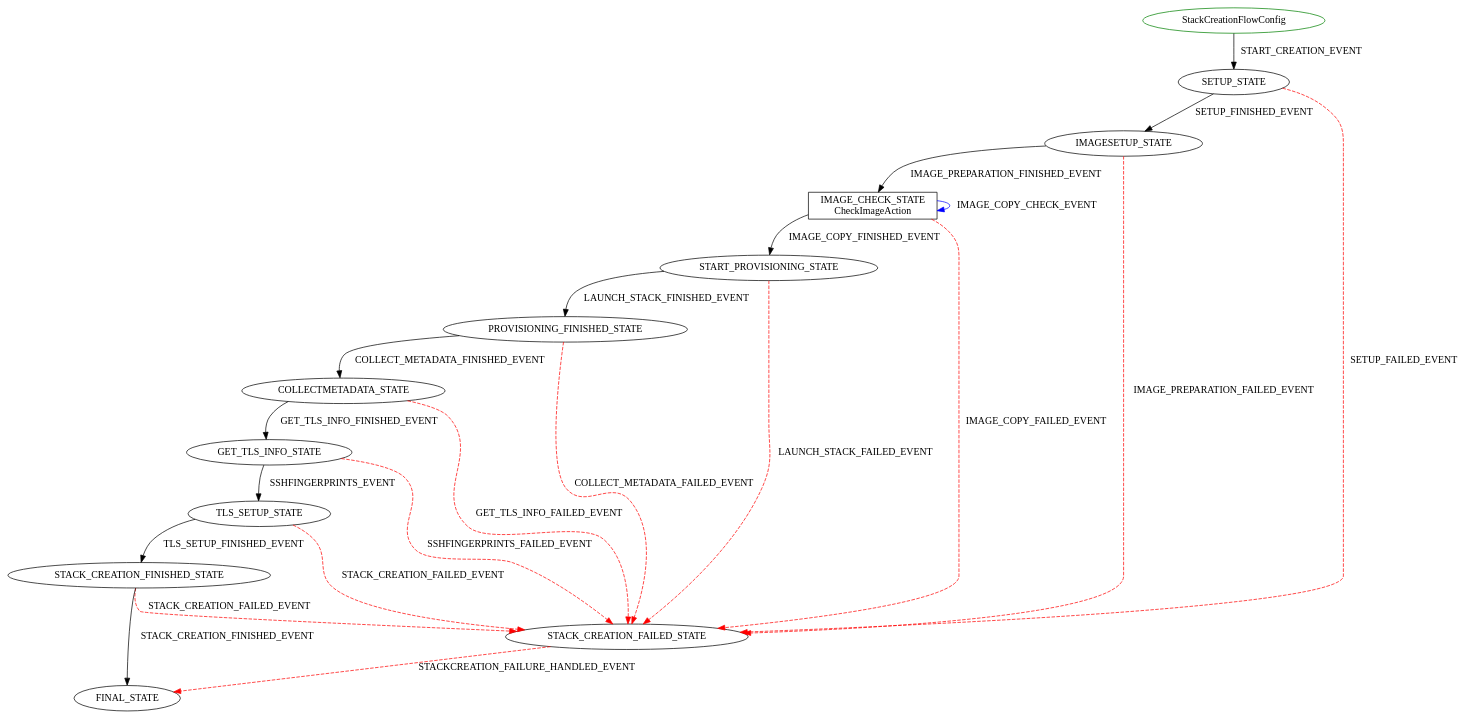
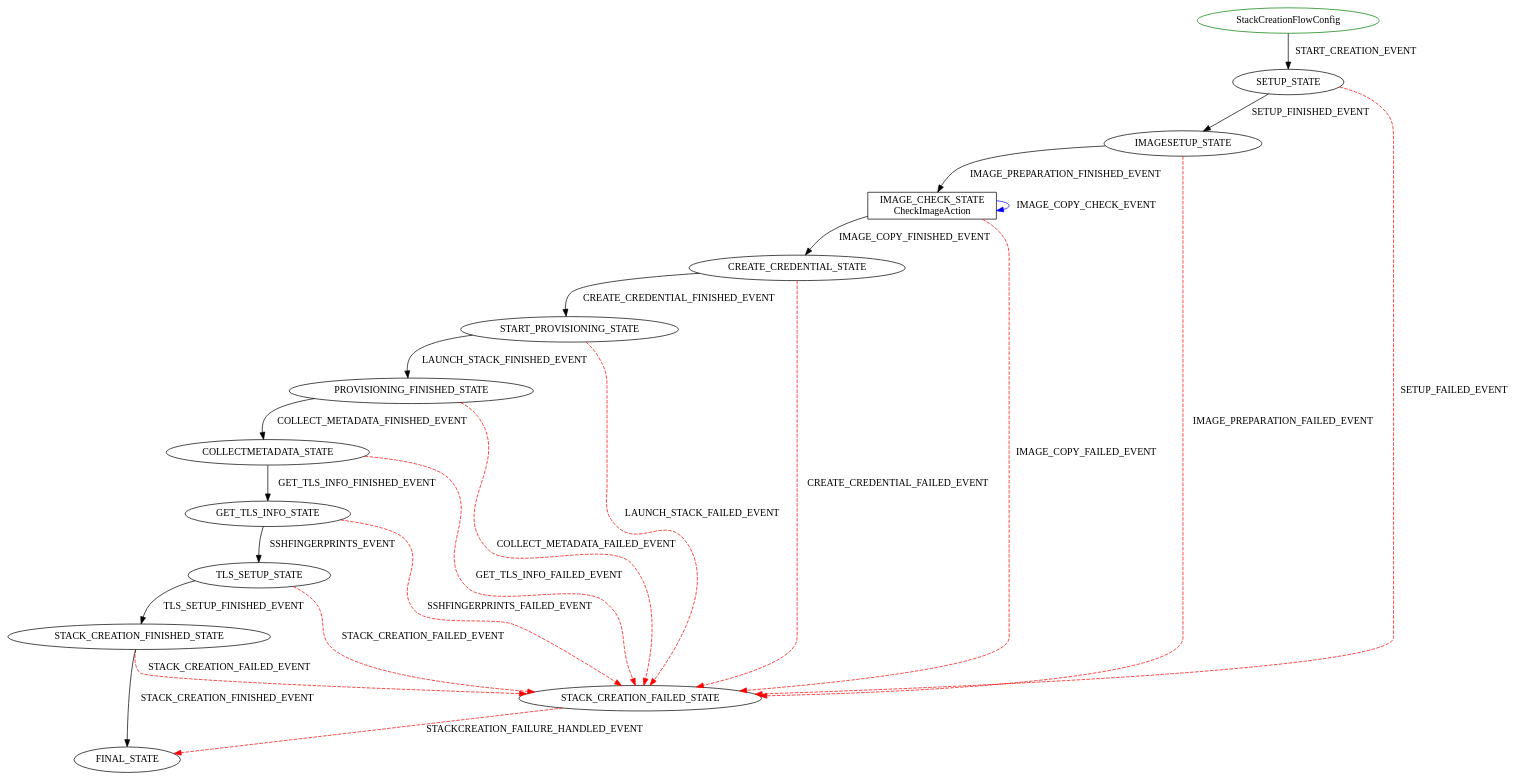
The diagram in docs/diagrams/StackCreationFlowConfig.dot (sequenceiq/cloudbreak-docs), drawn with Graphviz before and after one commit. The commit also changed 7 other files, not shown here.

Commit message:
Upgrade flow graphs

```diff
--- a/docs/diagrams/StackCreationFlowConfig.dot
+++ b/docs/diagrams/StackCreationFlowConfig.dot
@@ -1,25 +1,27 @@
 digraph {
 INIT_STATE [label="StackCreationFlowConfig" shape=ellipse color=green];
 INIT_STATE -> SETUP_STATE [label="START_CREATION_EVENT" color=black style=solid];
 SETUP_STATE -> IMAGESETUP_STATE [label="SETUP_FINISHED_EVENT" color=black style=solid];
 SETUP_STATE -> STACK_CREATION_FAILED_STATE [label="SETUP_FAILED_EVENT" color=red style=dashed];
 STACK_CREATION_FAILED_STATE -> FINAL_STATE [label="STACKCREATION_FAILURE_HANDLED_EVENT" color=red style=dashed];
 IMAGE_CHECK_STATE [label="IMAGE_CHECK_STATE\nCheckImageAction" shape=rect color=black];
 IMAGESETUP_STATE -> IMAGE_CHECK_STATE [label="IMAGE_PREPARATION_FINISHED_EVENT" color=black style=solid];
 IMAGESETUP_STATE -> STACK_CREATION_FAILED_STATE [label="IMAGE_PREPARATION_FAILED_EVENT" color=red style=dashed];
 IMAGE_CHECK_STATE -> IMAGE_CHECK_STATE [label="IMAGE_COPY_CHECK_EVENT" color=blue style=solid];
 IMAGE_CHECK_STATE -> STACK_CREATION_FAILED_STATE [label="IMAGE_COPY_FAILED_EVENT" color=red style=dashed];
-IMAGE_CHECK_STATE -> START_PROVISIONING_STATE [label="IMAGE_COPY_FINISHED_EVENT" color=black style=solid];
+IMAGE_CHECK_STATE -> CREATE_CREDENTIAL_STATE [label="IMAGE_COPY_FINISHED_EVENT" color=black style=solid];
+CREATE_CREDENTIAL_STATE -> START_PROVISIONING_STATE [label="CREATE_CREDENTIAL_FINISHED_EVENT" color=black style=solid];
+CREATE_CREDENTIAL_STATE -> STACK_CREATION_FAILED_STATE [label="CREATE_CREDENTIAL_FAILED_EVENT" color=red style=dashed];
 START_PROVISIONING_STATE -> PROVISIONING_FINISHED_STATE [label="LAUNCH_STACK_FINISHED_EVENT" color=black style=solid];
 START_PROVISIONING_STATE -> STACK_CREATION_FAILED_STATE [label="LAUNCH_STACK_FAILED_EVENT" color=red style=dashed];
 PROVISIONING_FINISHED_STATE -> COLLECTMETADATA_STATE [label="COLLECT_METADATA_FINISHED_EVENT" color=black style=solid];
 PROVISIONING_FINISHED_STATE -> STACK_CREATION_FAILED_STATE [label="COLLECT_METADATA_FAILED_EVENT" color=red style=dashed];
 COLLECTMETADATA_STATE -> GET_TLS_INFO_STATE [label="GET_TLS_INFO_FINISHED_EVENT" color=black style=solid];
 COLLECTMETADATA_STATE -> STACK_CREATION_FAILED_STATE [label="GET_TLS_INFO_FAILED_EVENT" color=red style=dashed];
 GET_TLS_INFO_STATE -> TLS_SETUP_STATE [label="SSHFINGERPRINTS_EVENT" color=black style=solid];
 GET_TLS_INFO_STATE -> STACK_CREATION_FAILED_STATE [label="SSHFINGERPRINTS_FAILED_EVENT" color=red style=dashed];
 TLS_SETUP_STATE -> STACK_CREATION_FINISHED_STATE [label="TLS_SETUP_FINISHED_EVENT" color=black style=solid];
 TLS_SETUP_STATE -> STACK_CREATION_FAILED_STATE [label="STACK_CREATION_FAILED_EVENT" color=red style=dashed];
 STACK_CREATION_FINISHED_STATE -> FINAL_STATE [label="STACK_CREATION_FINISHED_EVENT" color=black style=solid];
 STACK_CREATION_FINISHED_STATE -> STACK_CREATION_FAILED_STATE [label="STACK_CREATION_FAILED_EVENT" color=red style=dashed];
 }
```
